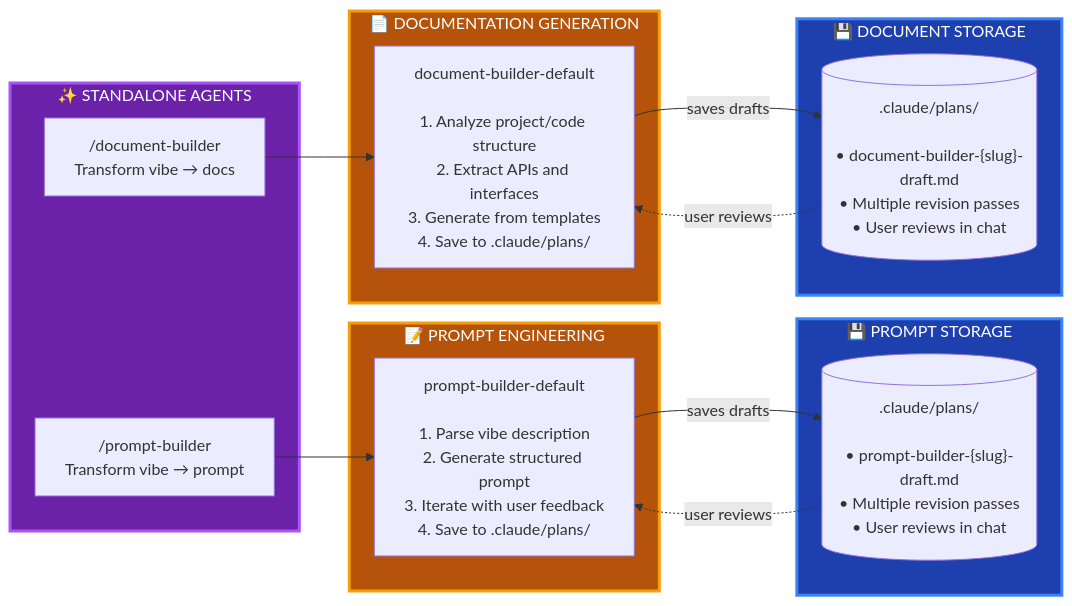
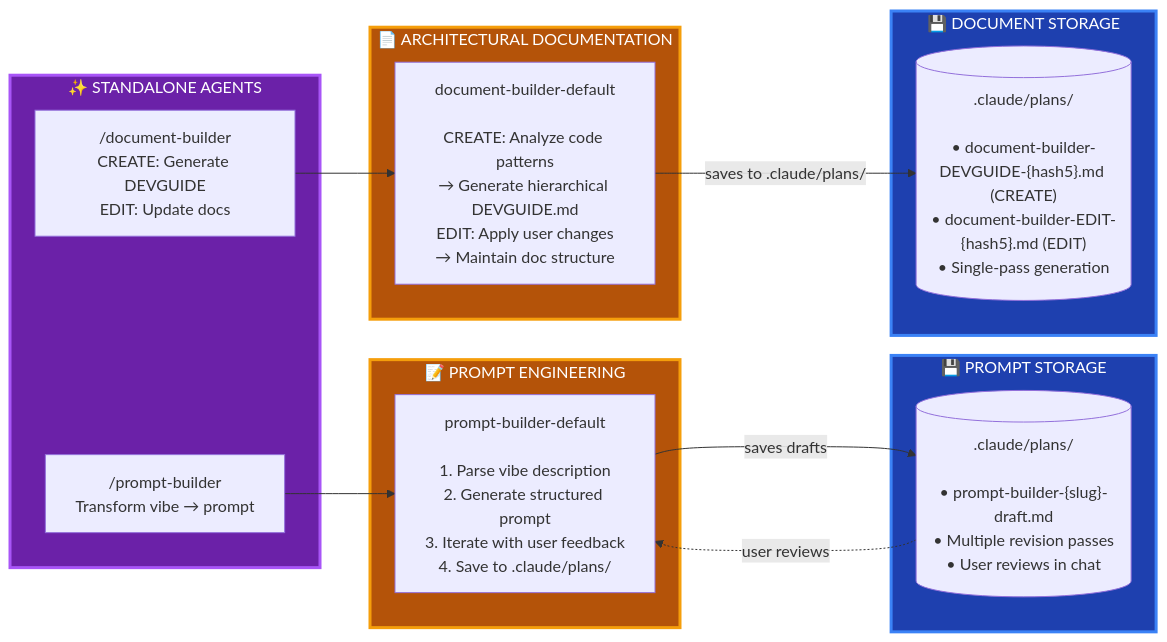
Before and after one commit to GantisStorm/essentials-claude-code: the second of 2 diagrams in README.md, drawn with Mermaid. The commit also changed other lines of this file and 3 other files, not shown here.

First line of the commit message:
Redesign document-builder for hierarchical DEVGUIDE generation

````diff
--- a/README.md
+++ b/README.md
@@ -85,37 +85,36 @@
 ```mermaid
 flowchart LR
     subgraph standalone["✨ STANDALONE AGENTS"]
         prompt_cmd["/prompt-builder<br/>Transform vibe → prompt"]
-        doc_cmd["/document-builder<br/>Transform vibe → docs"]
+        doc_cmd["/document-builder<br/>CREATE: Generate DEVGUIDE<br/>EDIT: Update docs"]
     end
 
     subgraph prompt_work["📝 PROMPT ENGINEERING"]
         prompt_agent["prompt-builder-default<br/><br/>1. Parse vibe description<br/>2. Generate structured prompt<br/>3. Iterate with user feedback<br/>4. Save to .claude/plans/"]
     end
 
-    subgraph doc_work["📄 DOCUMENTATION GENERATION"]
-        doc_agent["document-builder-default<br/><br/>1. Analyze project/code structure<br/>2. Extract APIs and interfaces<br/>3. Generate from templates<br/>4. Save to .claude/plans/"]
+    subgraph doc_work["📄 ARCHITECTURAL DOCUMENTATION"]
+        doc_agent["document-builder-default<br/><br/>CREATE: Analyze code patterns<br/>→ Generate hierarchical DEVGUIDE.md<br/>EDIT: Apply user changes<br/>→ Maintain doc structure"]
     end
 
     subgraph prompt_storage["💾 PROMPT STORAGE"]
         prompt_files[(".claude/plans/<br/><br/>• prompt-builder-{slug}-draft.md<br/>• Multiple revision passes<br/>• User reviews in chat")]
     end
 
     subgraph doc_storage["💾 DOCUMENT STORAGE"]
-        doc_files[(".claude/plans/<br/><br/>• document-builder-{slug}-draft.md<br/>• Multiple revision passes<br/>• User reviews in chat")]
+        doc_files[(".claude/plans/<br/><br/>• document-builder-DEVGUIDE-{hash5}.md (CREATE)<br/>• document-builder-EDIT-{hash5}.md (EDIT)<br/>• Single-pass generation")]
     end
 
     prompt_cmd --> prompt_agent
     prompt_agent -->|"saves drafts"| prompt_files
     prompt_files -.->|"user reviews"| prompt_agent
 
     doc_cmd --> doc_agent
-    doc_agent -->|"saves drafts"| doc_files
-    doc_files -.->|"user reviews"| doc_agent
+    doc_agent -->|"saves to .claude/plans/"| doc_files
 
     style standalone fill:#6b21a8,stroke:#a855f7,stroke-width:3px,color:#fff
     style prompt_work fill:#b45309,stroke:#f59e0b,stroke-width:3px,color:#fff
     style prompt_storage fill:#1e40af,stroke:#3b82f6,stroke-width:3px,color:#fff
     style doc_work fill:#b45309,stroke:#f59e0b,stroke-width:3px,color:#fff
     style doc_storage fill:#1e40af,stroke:#3b82f6,stroke-width:3px,color:#fff
 ```
````
